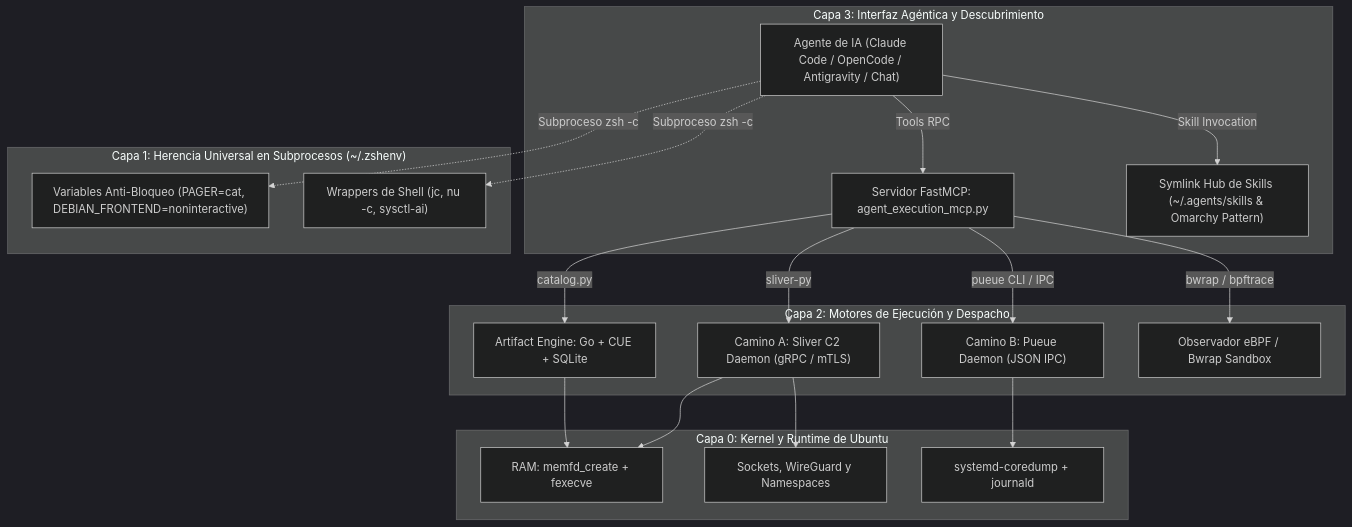
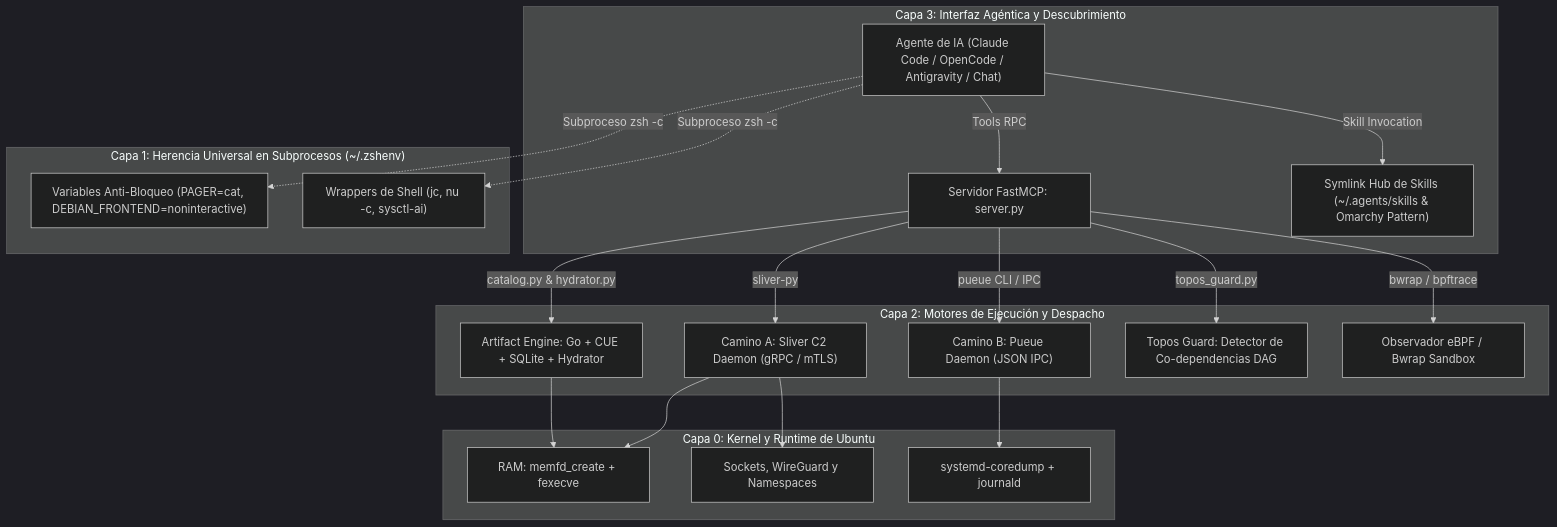
Before and after one commit to ancrz/agent-execution-plane: the fifth of 5 diagrams in README.md, drawn with Mermaid (dark theme). The commit also changed other lines of this file and 4 other files, not shown here.

Commit message:
feat: implement FastMCP server, template hydrator, topos guard, and multi-agent setup script

````diff
--- a/README.md
+++ b/README.md
@@ -143,38 +180,40 @@
 ```mermaid
 flowchart TD
     subgraph L3["Capa 3: Interfaz Agéntica y Descubrimiento"]
         Agent["Agente de IA (Claude Code / OpenCode / Antigravity / Chat)"]
-        MCP["Servidor FastMCP: agent_execution_mcp.py"]
+        MCP["Servidor FastMCP: server.py"]
         SkillsHub["Symlink Hub de Skills (~/.agents/skills & Omarchy Pattern)"]
         Agent -->|Tools RPC| MCP
         Agent -->|Skill Invocation| SkillsHub
     end
 
     subgraph L2["Capa 2: Motores de Ejecución y Despacho"]
         CaminoA["Camino A: Sliver C2 Daemon (gRPC / mTLS)"]
         CaminoB["Camino B: Pueue Daemon (JSON IPC)"]
-        ArtifactEng["Artifact Engine: Go + CUE + SQLite"]
+        ArtifactEng["Artifact Engine: Go + CUE + SQLite + Hydrator"]
+        ToposG["Topos Guard: Detector de Co-dependencias DAG"]
         KernelObs["Observador eBPF / Bwrap Sandbox"]
         MCP -->|sliver-py| CaminoA
         MCP -->|pueue CLI / IPC| CaminoB
-        MCP -->|catalog.py| ArtifactEng
+        MCP -->|catalog.py & hydrator.py| ArtifactEng
+        MCP -->|topos_guard.py| ToposG
         MCP -->|bwrap / bpftrace| KernelObs
     end
 
     subgraph L1["Capa 1: Herencia Universal en Subprocesos (~/.zshenv)"]
         ShellVars["Variables Anti-Bloqueo (PAGER=cat, DEBIAN_FRONTEND=noninteractive)"]
         JSONWrappers["Wrappers de Shell (jc, nu -c, sysctl-ai)"]
         Agent -.->|Subproceso zsh -c| ShellVars
         Agent -.->|Subproceso zsh -c| JSONWrappers
     end
 
     subgraph L0["Capa 0: Kernel y Runtime de Ubuntu"]
         KernelMem["RAM: memfd_create + fexecve"]
         KernelSockets["Sockets, WireGuard y Namespaces"]
         KernelCoredump["systemd-coredump + journald"]
         CaminoA --> KernelMem
         CaminoA --> KernelSockets
         CaminoB --> KernelCoredump
         ArtifactEng --> KernelMem
     end
 ```
````
